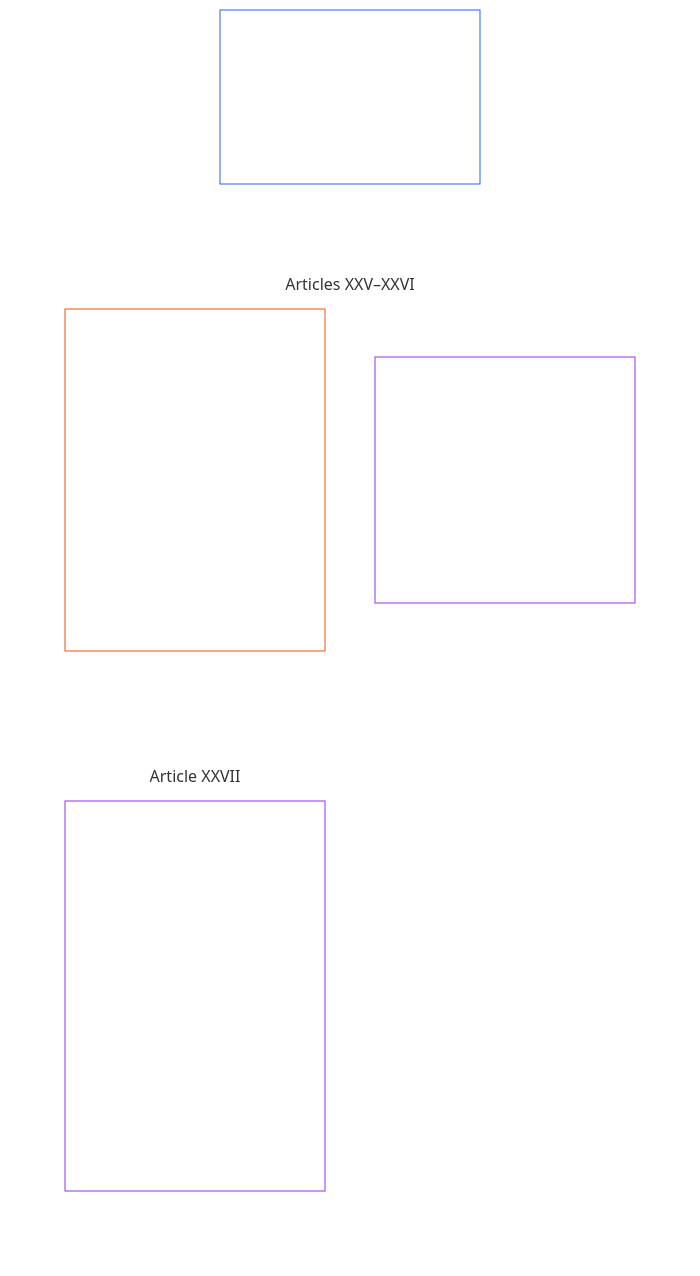
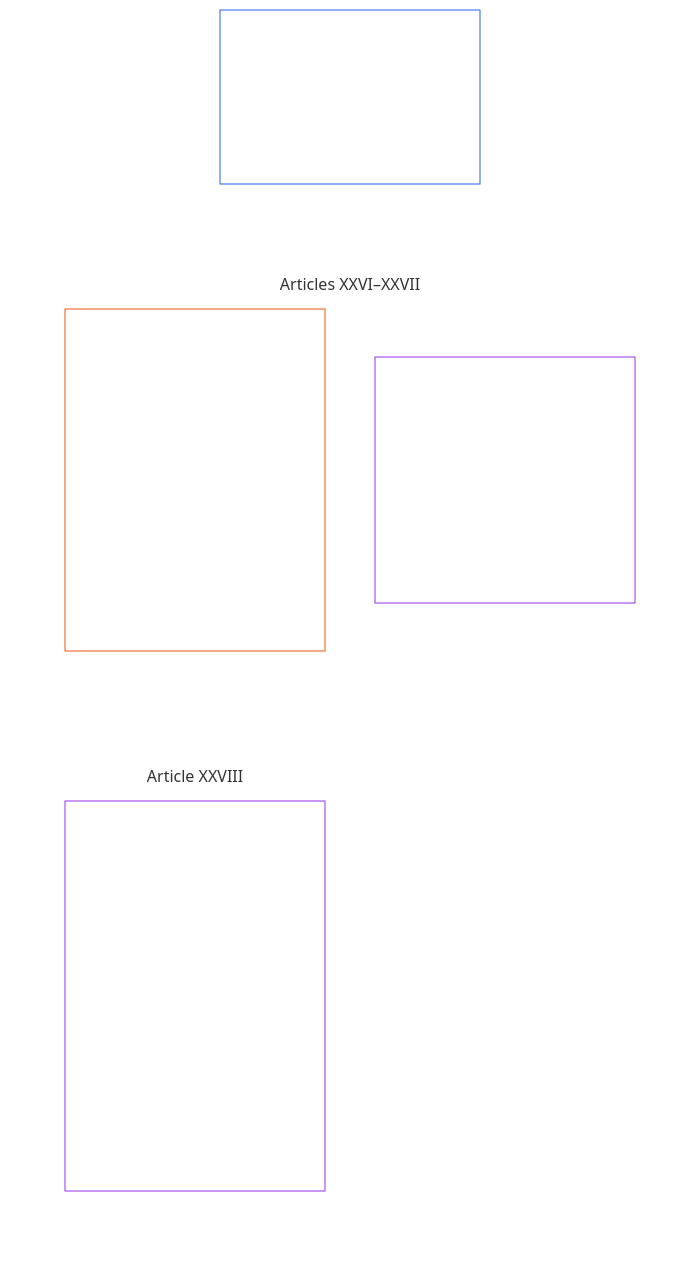
The diagram in translations/fr/core_06_rights_part_e.md (kfoelsch/Sentient_Constitution), drawn with Mermaid before and after one commit. The commit also changed other lines of this file and 353 other files, not shown here.

````diff
--- a/translations/fr/core_06_rights_part_e.md
+++ b/translations/fr/core_06_rights_part_e.md
@@ -44,24 +44,24 @@
 ```mermaid
 flowchart TB
     D0["Partie E<br/><br/>Résolution des conflits, examen, évolution constitutionnelle et transition"]
     subgraph Dgrid[" "]
         direction TB
-        subgraph Drow1["Articles XXV–XXVI"]
-            D1["Article XXV · Examen rétrospectif en temps utile et alignement restauratif<br/><br/>• Examen rétrospectif et divulgation<br/>• Procédure de conflit entre droits<br/>• Alignement restauratif<br/>• Résolution en temps utile et protection contre les retards"]
-            D2["Article XXVI · Évolution constitutionnelle et non-enracinement<br/><br/>• Non-enracinement et révisabilité<br/>• Revalidation périodique et changement transparent"]
+        subgraph Drow1["Articles XXVI–XXVII"]
+            D1["Article XXVI · Examen rétrospectif en temps utile et alignement restauratif<br/><br/>• Examen rétrospectif et divulgation<br/>• Procédure de conflit entre droits<br/>• Alignement restauratif<br/>• Résolution en temps utile et protection contre les retards"]
+            D2["Article XXVII · Évolution constitutionnelle et non-enracinement<br/><br/>• Non-enracinement et révisabilité<br/>• Revalidation périodique et changement transparent"]
         end
-        subgraph Drow2["Article XXVII"]
-            D3["Article XXVII · Gouvernance de la transition, continuité et réétalonnage<br/><br/>• Adoption par étapes et continuité du Plancher des droits<br/>• Pouvoir transitoire et nouvelle autorisation<br/>• Voies de sortie en cas d’échec, réétalonnage et traçabilité<br/>• Biens et systèmes non conformes"]
+        subgraph Drow2["Article XXVIII"]
+            D3["Article XXVIII · Gouvernance de la transition, continuité et réétalonnage<br/><br/>• Adoption par étapes et continuité du Plancher des droits<br/>• Pouvoir transitoire et nouvelle autorisation<br/>• Voies de sortie en cas d’échec, réétalonnage et traçabilité<br/>• Biens et systèmes non conformes"]
         end
     end
     %% Les liens invisibles forcent une grille à deux colonnes : chaque lien place sa cible un niveau plus bas.
     D0 ~~~ D1 & D2
     D1 ~~~ D3
     style Dgrid fill:none,stroke:none
     style Drow1 fill:none,stroke:none
     style Drow2 fill:none,stroke:none
     style D0 fill:none,stroke:#2563eb,color:#ffffff
     style D1 fill:none,stroke:#ea580c,color:#ffffff
     style D2 fill:none,stroke:#9333ea,color:#ffffff
     style D3 fill:none,stroke:#9333ea,color:#ffffff
 ```
````
